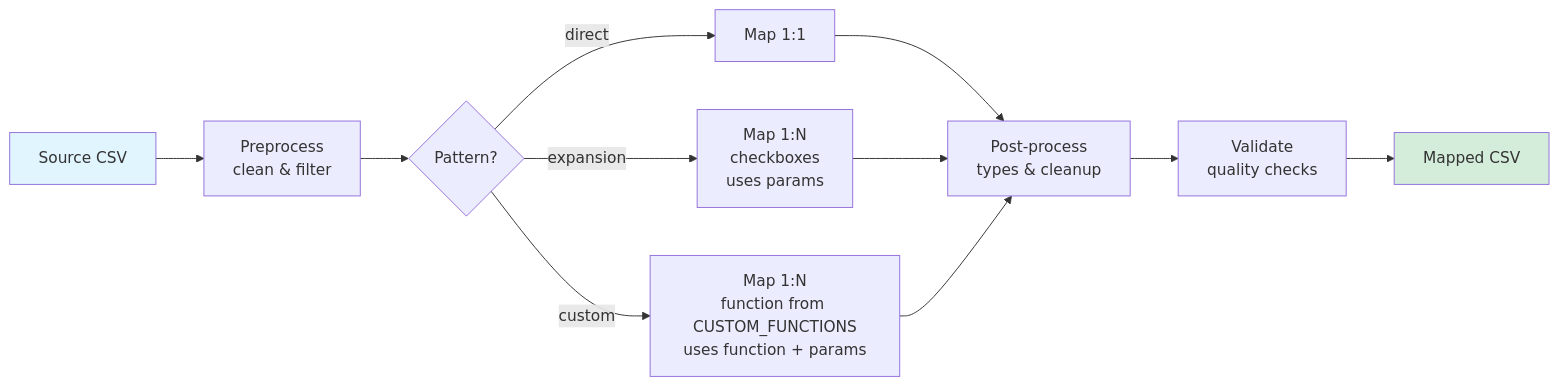
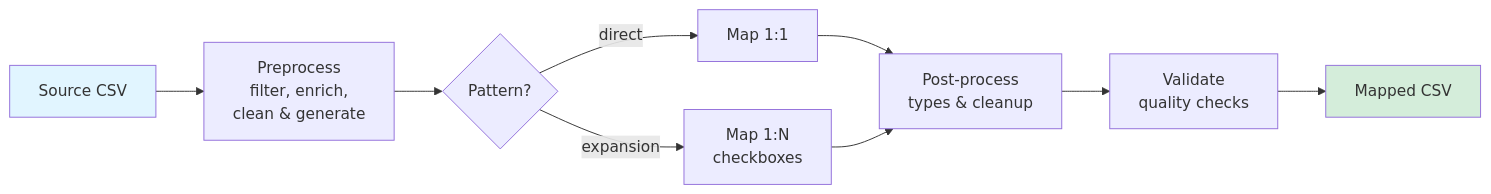
One commit to Pan-Canadian-Genome-Library/pcgl-data-mapper changed the diagram in core/README.md. Above: the diagram before and after it, drawn with Mermaid. The commit also changed other lines of this file and 35 other files, not shown here.

First line of the commit message:
Add multi-file/multi-format input support, remove custom func/mapper support, refine the config filters structure, add calculate_field preprocess step (#14)

````diff
--- a/core/README.md
+++ b/core/README.md
@@ -20,16 +18,14 @@
 ```mermaid
 flowchart LR
-    A[Source CSV] --> B[Preprocess<br/>clean & filter]
+    A[Source CSV] --> B[Preprocess<br/>filter, enrich,<br/>clean & generate]
     B --> C{Pattern?}
     C -->|direct| D[Map 1:1]
-    C -->|expansion| E[Map 1:N<br/>checkboxes<br/>uses params]
-    C -->|custom| F[Map 1:N<br/>function from CUSTOM_FUNCTIONS<br/>uses function + params]
+    C -->|expansion| E[Map 1:N<br/>checkboxes]
     D --> G[Post-process<br/>types & cleanup]
     E --> G
-    F --> G
     G --> H[Validate<br/>quality checks]
     H --> I[Mapped CSV]
     
     style A fill:#e1f5ff
     style I fill:#d4edda
 ```
````
